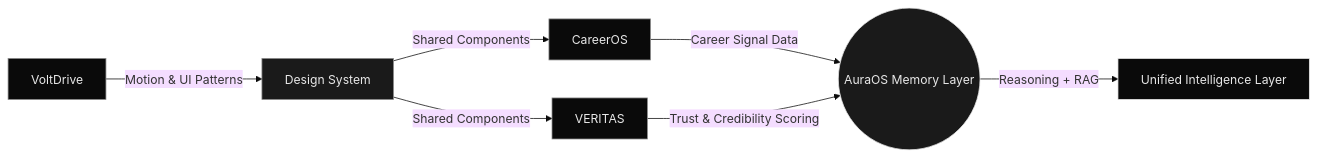
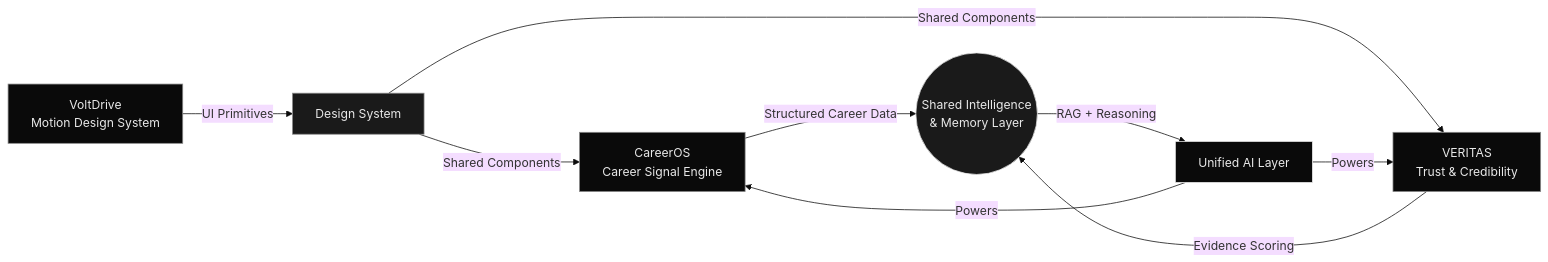
The first of 2 diagrams in README.md (thenameisbhagavan/thenameisbhagavan), drawn with Mermaid (base theme) before and after one commit. The commit also changed other lines of this file, not shown here.

First line of the commit message:
Revise README with new images and system details

````diff
--- a/README.md
+++ b/README.md
@@ -99,15 +113,18 @@
 ```mermaid
 graph LR
-    A[CareerOS] -->|Career Signal Data| B((AuraOS Memory Layer))
-    C[VERITAS] -->|Trust & Credibility Scoring| B
-    D[VoltDrive] -->|Motion & UI Patterns| E[Design System]
-    B -->|Reasoning + RAG| F[Unified Intelligence Layer]
-    E -->|Shared Components| A
-    E -->|Shared Components| C
+    A[CareerOS<br/>Career Signal Engine] -->|Structured Career Data| M((Shared Intelligence<br/>& Memory Layer))
+    C[VERITAS<br/>Trust & Credibility] -->|Evidence Scoring| M
+    D[VoltDrive<br/>Motion Design System] -->|UI Primitives| S[Design System]
+    M -->|RAG + Reasoning| F[Unified AI Layer]
+    S -->|Shared Components| A
+    S -->|Shared Components| C
+    F -->|Powers| A
+    F -->|Powers| C
+
     style A fill:#0A0A0A,stroke:#8A8A8A,color:#E8E8E8
-    style B fill:#1A1A1A,stroke:#E8E8E8,color:#E8E8E8
     style C fill:#0A0A0A,stroke:#8A8A8A,color:#E8E8E8
     style D fill:#0A0A0A,stroke:#8A8A8A,color:#E8E8E8
-    style E fill:#1A1A1A,stroke:#8A8A8A,color:#E8E8E8
+    style M fill:#1A1A1A,stroke:#E8E8E8,color:#E8E8E8
+    style S fill:#1A1A1A,stroke:#8A8A8A,color:#E8E8E8
     style F fill:#0A0A0A,stroke:#E8E8E8,color:#E8E8E8
 ```
````
